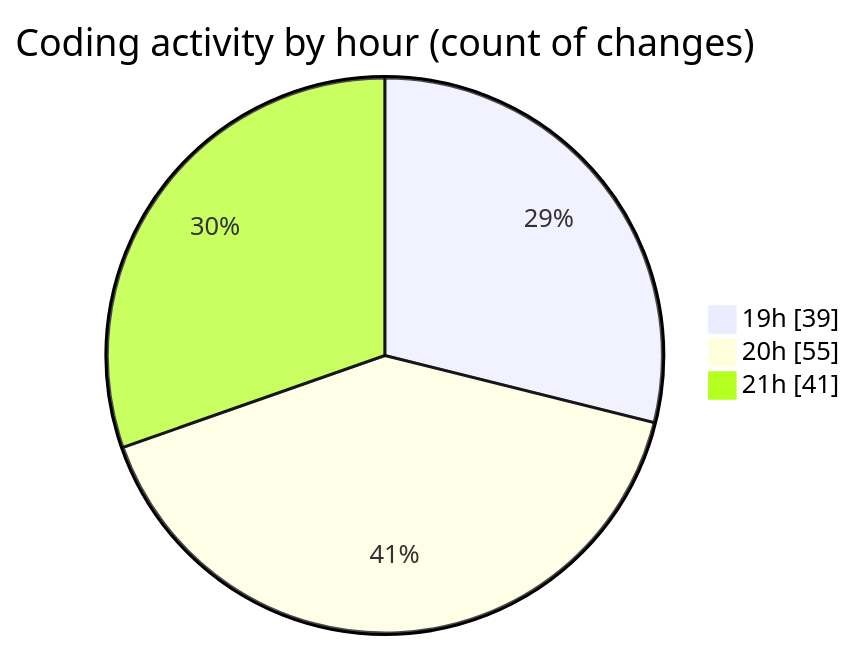
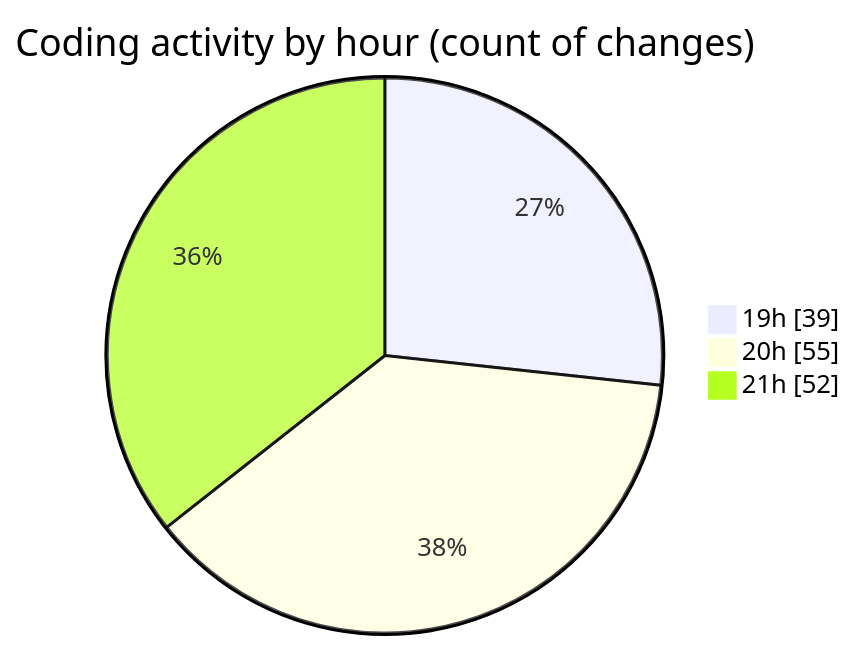
Before and after one commit to momahboobian/code-tracking: the second of 2 diagrams in 2026-06-16/cda/README.md, drawn with Mermaid. The commit also changed other lines of this file and 1 other file, not shown here.

````diff
--- a/2026-06-16/cda/README.md
+++ b/2026-06-16/cda/README.md
@@ -84,7 +84,7 @@
 ```mermaid
 pie showData
 title Coding activity by hour (count of changes)
 "19h" : 39
 "20h" : 55
-"21h" : 41
+"21h" : 52
 ```
````
